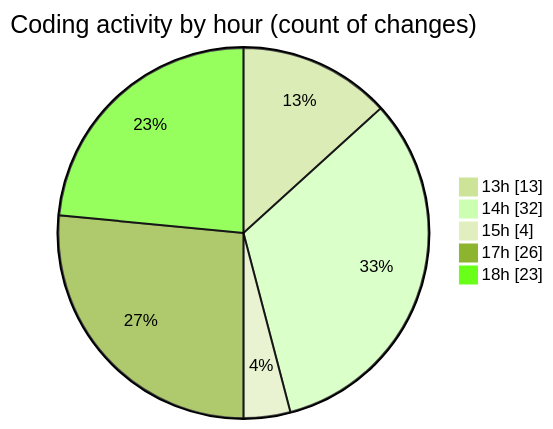
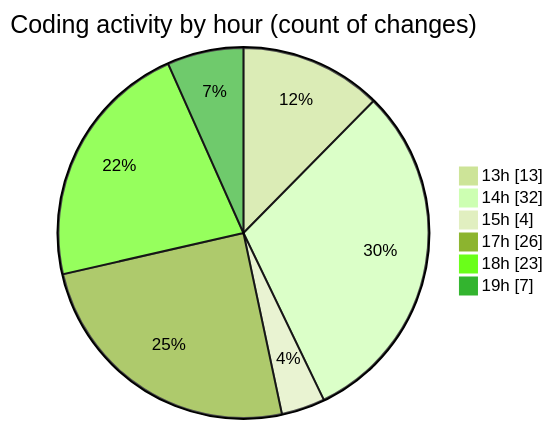
One commit to nxtqubesakshisongat/code-tracking changed the second of 2 diagrams in 2025-06-05/nxtqube_webapp/README.md. Above: the diagram before and after it, drawn with Mermaid (forest theme). The commit also changed other lines of this file and 1 other file, not shown here.

````diff
--- a/2025-06-05/nxtqube_webapp/README.md
+++ b/2025-06-05/nxtqube_webapp/README.md
@@ -36,9 +36,10 @@
 ```mermaid
 pie showData
 title Coding activity by hour (count of changes)
 "13h" : 13
 "14h" : 32
 "15h" : 4
 "17h" : 26
 "18h" : 23
+"19h" : 7
 ```
````
